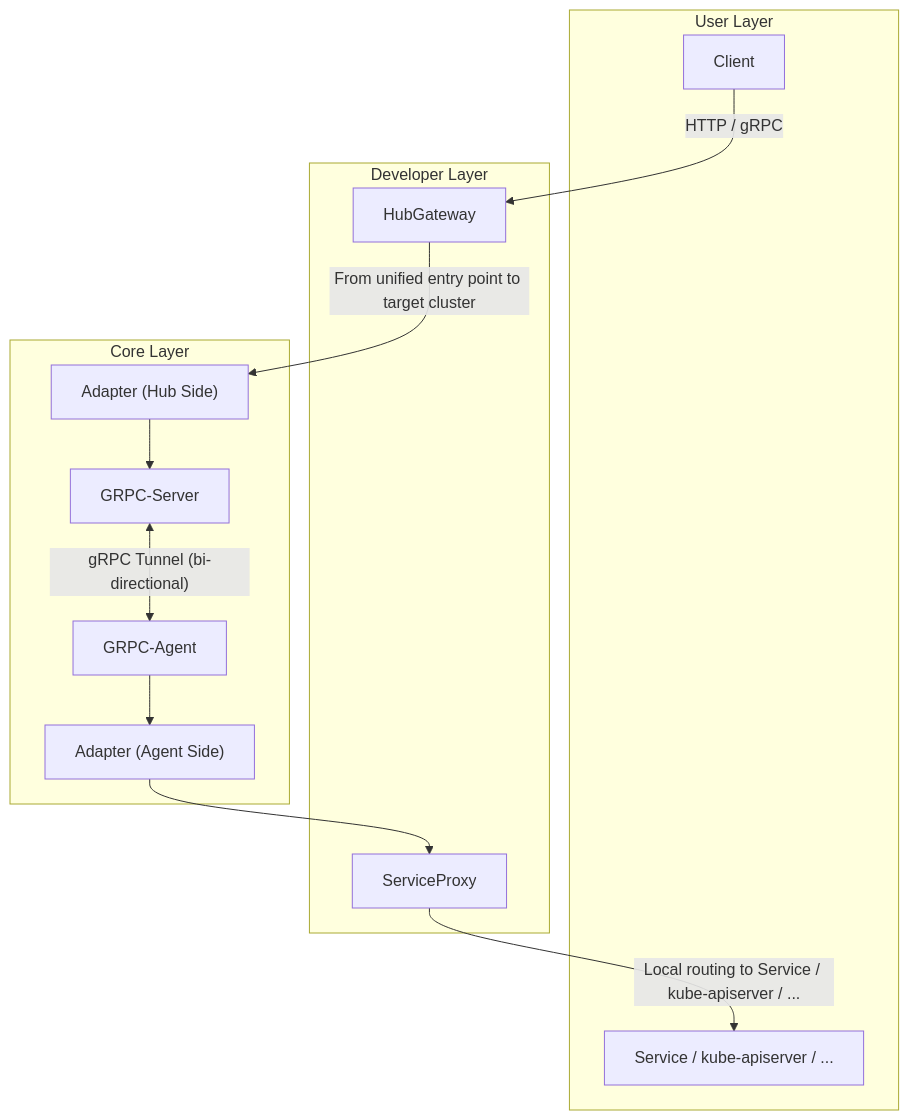
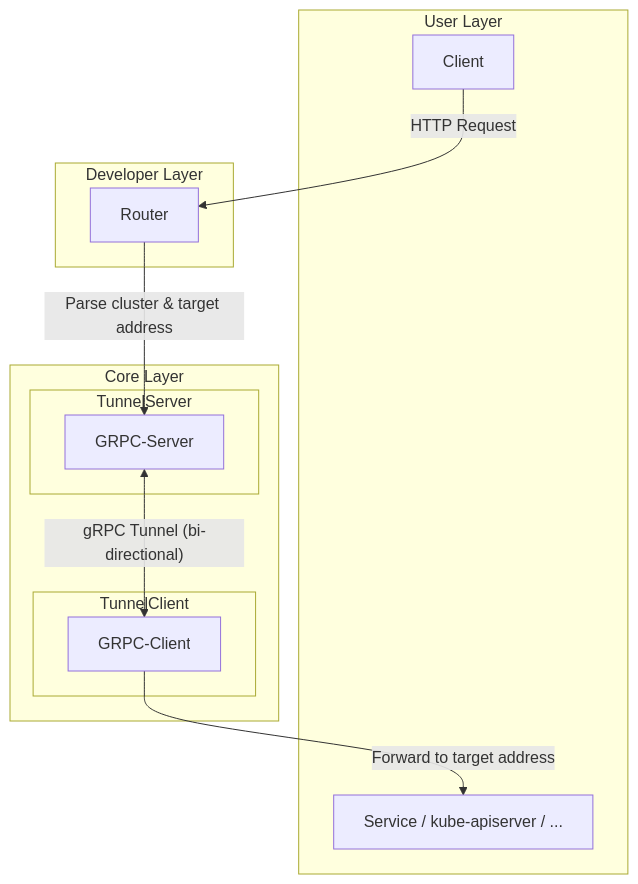
One commit to xuezhaojun/multiclustertunnel changed the diagram in README.md. Above: the diagram before and after it, drawn with Mermaid. The commit also changed other lines of this file and 41 other files, not shown here.

````diff
--- a/README.md
+++ b/README.md
@@ -23,27 +22,25 @@
 ```mermaid
 flowchart TD
   subgraph User Layer
     Client["Client"]
     Service["Service / kube-apiserver / ..."]
   end
 
   subgraph Developer Layer
-    HubGateway["HubGateway"]
-    ServiceProxy["ServiceProxy"]
+    Router["Router"]
   end
 
   subgraph Core Layer
-    AdapterHub["Adapter (Hub Side)"]
-    GRPCServer["GRPC-Server"]
-    GRPCAgent["GRPC-Agent"]
-    AdapterAgent["Adapter (Agent Side)"]
+    subgraph TunnelServer
+      GRPC-Server["GRPC-Server"]
+    end
+    subgraph TunnelClient
+      GRPC-Client["GRPC-Client"]
+    end
   end
 
-  Client -->|"HTTP / gRPC"| HubGateway
-  HubGateway --> |"From unified entry point to target cluster"| AdapterHub
-  AdapterHub --> GRPCServer
-  GRPCServer <--> |"gRPC Tunnel (bi-directional)"| GRPCAgent
-  GRPCAgent --> AdapterAgent
-  AdapterAgent --> ServiceProxy
-  ServiceProxy -->|"Local routing to Service / kube-apiserver / ..."| Service
+  Client -->|"HTTP Request"| Router
+  Router -->|"Parse cluster & target address"| GRPC-Server
+  GRPC-Server <--> |"gRPC Tunnel (bi-directional)"| GRPC-Client
+  GRPC-Client -->|"Forward to target address"| Service
 ```
````
